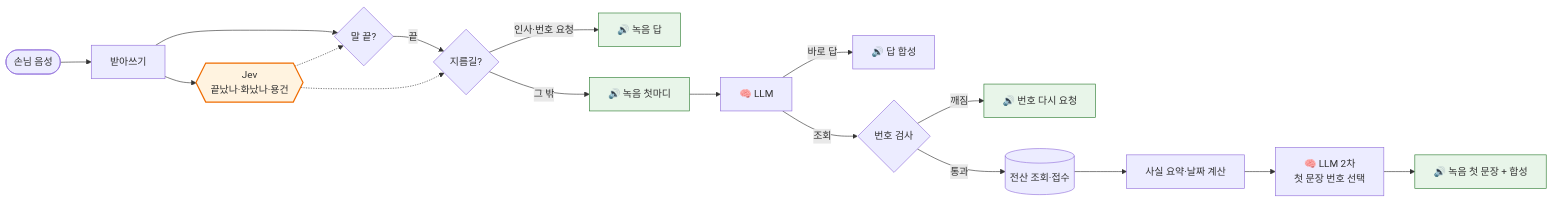
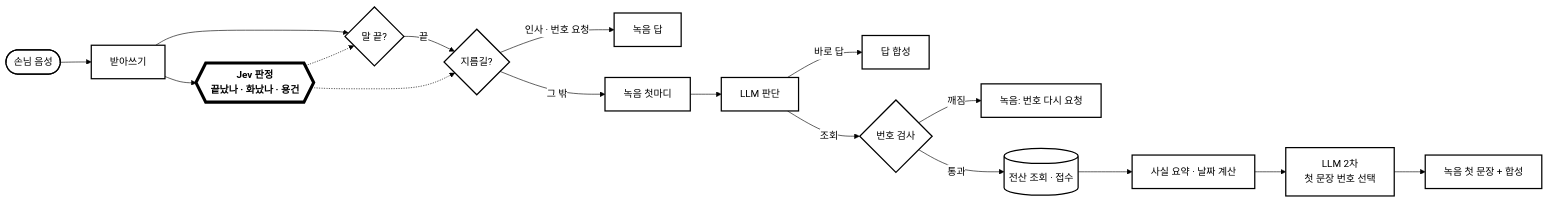
The first of 2 diagrams in README.md (hanchaehun/DIRECTION_ON), drawn with Mermaid before and after one commit. The commit also changed other lines of this file and 2 other files, not shown here.

````diff
--- a/README.md
+++ b/README.md
@@ -25,24 +25,24 @@
 ```mermaid
+%%{init: {"theme": "base", "themeVariables": {"fontSize": "16px", "primaryColor": "#ffffff", "primaryTextColor": "#000000", "primaryBorderColor": "#000000", "lineColor": "#000000", "edgeLabelBackground": "#ffffff", "tertiaryColor": "#ffffff"}}}%%
 flowchart LR
   A([손님 음성]) --> B[받아쓰기]
-  B --> J{{Jev<br/>끝났나·화났나·용건}}
+  B --> J{{Jev 판정<br/>끝났나 · 화났나 · 용건}}
   B --> C{말 끝?}
   J -.-> C
   C -- 끝 --> D{지름길?}
   J -.-> D
-  D -- 인사·번호 요청 --> R1[🔊 녹음 답]
-  D -- 그 밖 --> R2[🔊 녹음 첫마디]
-  R2 --> L[🧠 LLM]
-  L -- 바로 답 --> T1[🔊 답 합성]
+  D -- 인사 · 번호 요청 --> R1[녹음 답]
+  D -- 그 밖 --> R2[녹음 첫마디]
+  R2 --> L[LLM 판단]
+  L -- 바로 답 --> T1[답 합성]
   L -- 조회 --> K{번호 검사}
-  K -- 깨짐 --> R3[🔊 번호 다시 요청]
-  K -- 통과 --> F[(전산 조회·접수)]
-  F --> M[사실 요약·날짜 계산]
-  M --> L2[🧠 LLM 2차<br/>첫 문장 번호 선택]
-  L2 --> T2[🔊 녹음 첫 문장 + 합성]
+  K -- 깨짐 --> R3[녹음: 번호 다시 요청]
+  K -- 통과 --> F[(전산 조회 · 접수)]
+  F --> M[사실 요약 · 날짜 계산]
+  M --> L2[LLM 2차<br/>첫 문장 번호 선택]
+  L2 --> T2[녹음 첫 문장 + 합성]
 
-  classDef rec fill:#e8f5e9,stroke:#2e7d32;
-  classDef jev fill:#fff3e0,stroke:#ef6c00,stroke-width:2px;
-  class R1,R2,R3,T2 rec;
+  classDef default fill:#ffffff,stroke:#000000,stroke-width:2px,color:#000000;
+  classDef jev fill:#ffffff,stroke:#000000,stroke-width:5px,color:#000000,font-weight:bold;
   class J jev;
 ```
````
